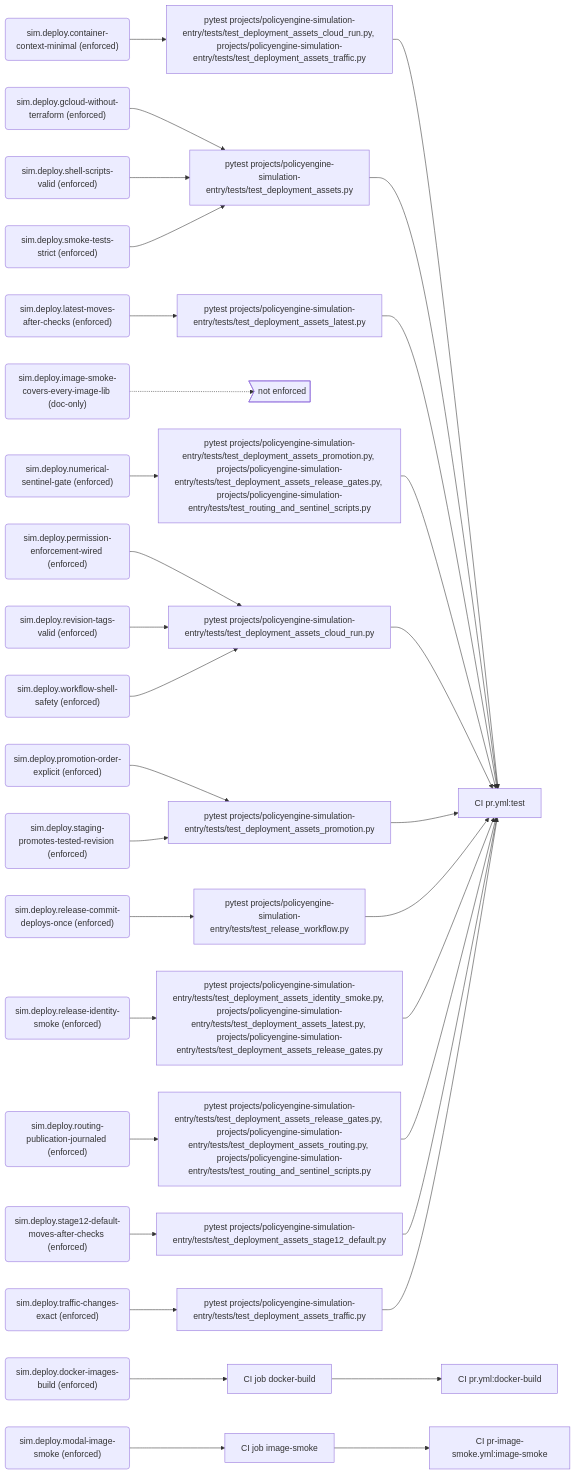
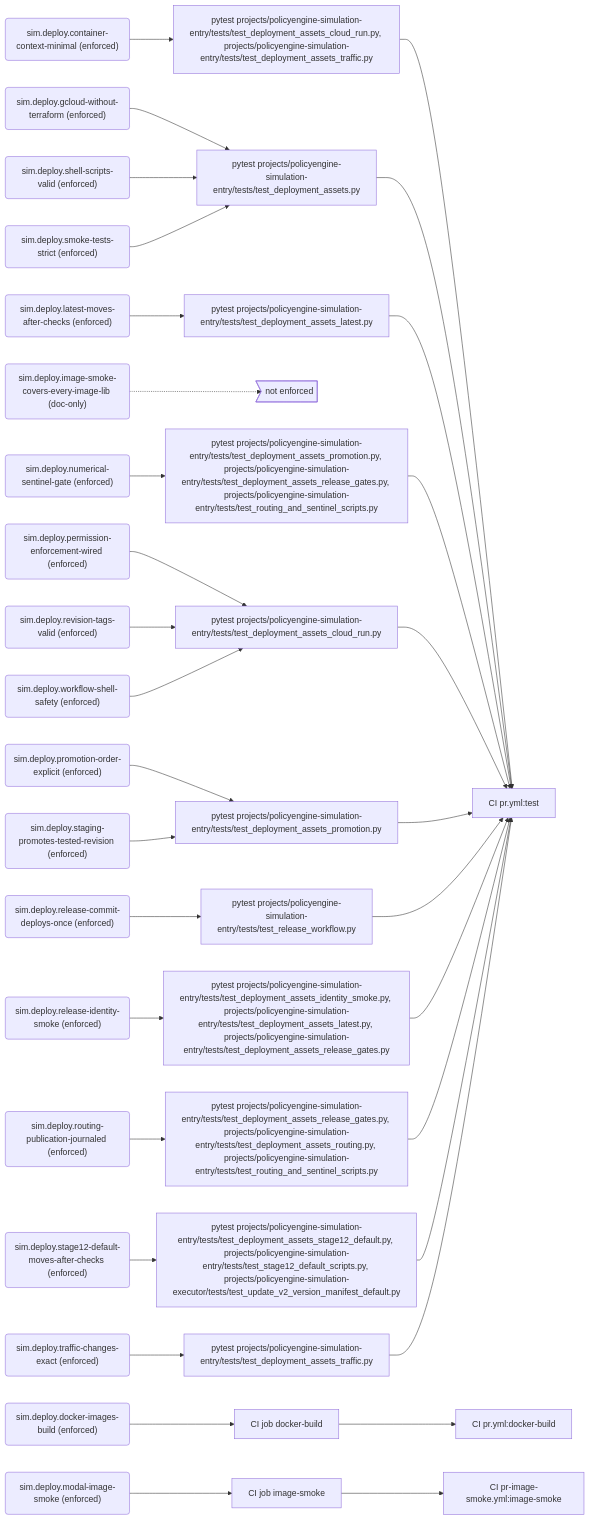
Before and after one commit to PolicyEngine/policyengine-sim-api: the third of 10 diagrams in docs/generated/rules.md, drawn with Mermaid. The commit also changed other lines of this file and 9 other files, not shown here.

````diff
--- a/docs/generated/rules.md
+++ b/docs/generated/rules.md
@@ -166,71 +166,71 @@
 ```mermaid
 flowchart LR
   r_sim_deploy_container_context_minimal("sim.deploy.container-context-minimal (enforced)")
   e_pytest_projects_policyengine_simulation_entry_tests_test_deployment_assets_cloud_run_py__projects_policyengine_simulation_entry_tests_test_deployment_assets_traffic_py["pytest projects/policyengine-simulation-entry/tests/test_deployment_assets_cloud_run.py, projects/policyengine-simulation-entry/tests/test_deployment_assets_traffic.py"]
   j_CI_pr_yml_test["CI pr.yml:test"]
   r_sim_deploy_docker_images_build("sim.deploy.docker-images-build (enforced)")
   e_CI_job_docker_build["CI job docker-build"]
   j_CI_pr_yml_docker_build["CI pr.yml:docker-build"]
   r_sim_deploy_gcloud_without_terraform("sim.deploy.gcloud-without-terraform (enforced)")
   e_pytest_projects_policyengine_simulation_entry_tests_test_deployment_assets_py["pytest projects/policyengine-simulation-entry/tests/test_deployment_assets.py"]
   r_sim_deploy_image_smoke_covers_every_image_lib("sim.deploy.image-smoke-covers-every-image-lib (doc-only)")
   gap_unenforced>"not enforced"]
   r_sim_deploy_latest_moves_after_checks("sim.deploy.latest-moves-after-checks (enforced)")
   e_pytest_projects_policyengine_simulation_entry_tests_test_deployment_assets_latest_py["pytest projects/policyengine-simulation-entry/tests/test_deployment_assets_latest.py"]
   r_sim_deploy_modal_image_smoke("sim.deploy.modal-image-smoke (enforced)")
   e_CI_job_image_smoke["CI job image-smoke"]
   j_CI_pr_image_smoke_yml_image_smoke["CI pr-image-smoke.yml:image-smoke"]
   r_sim_deploy_numerical_sentinel_gate("sim.deploy.numerical-sentinel-gate (enforced)")
   e_pytest_projects_policyengine_simulation_entry_tests_test_deployment_assets_promotion_py__projects_policyengine_simulation_entry_tests_test_deployment_assets_release_gates_py__projects_policyengine_simulation_entry_tests_test_routing_and_sentinel_scripts_py["pytest projects/policyengine-simulation-entry/tests/test_deployment_assets_promotion.py, projects/policyengine-simulation-entry/tests/test_deployment_assets_release_gates.py, projects/policyengine-simulation-entry/tests/test_routing_and_sentinel_scripts.py"]
   r_sim_deploy_permission_enforcement_wired("sim.deploy.permission-enforcement-wired (enforced)")
   e_pytest_projects_policyengine_simulation_entry_tests_test_deployment_assets_cloud_run_py["pytest projects/policyengine-simulation-entry/tests/test_deployment_assets_cloud_run.py"]
   r_sim_deploy_promotion_order_explicit("sim.deploy.promotion-order-explicit (enforced)")
   e_pytest_projects_policyengine_simulation_entry_tests_test_deployment_assets_promotion_py["pytest projects/policyengine-simulation-entry/tests/test_deployment_assets_promotion.py"]
   r_sim_deploy_release_commit_deploys_once("sim.deploy.release-commit-deploys-once (enforced)")
   e_pytest_projects_policyengine_simulation_entry_tests_test_release_workflow_py["pytest projects/policyengine-simulation-entry/tests/test_release_workflow.py"]
   r_sim_deploy_release_identity_smoke("sim.deploy.release-identity-smoke (enforced)")
   e_pytest_projects_policyengine_simulation_entry_tests_test_deployment_assets_identity_smoke_py__projects_policyengine_simulation_entry_tests_test_deployment_assets_latest_py__projects_policyengine_simulation_entry_tests_test_deployment_assets_release_gates_py["pytest projects/policyengine-simulation-entry/tests/test_deployment_assets_identity_smoke.py, projects/policyengine-simulation-entry/tests/test_deployment_assets_latest.py, projects/policyengine-simulation-entry/tests/test_deployment_assets_release_gates.py"]
   r_sim_deploy_revision_tags_valid("sim.deploy.revision-tags-valid (enforced)")
   r_sim_deploy_routing_publication_journaled("sim.deploy.routing-publication-journaled (enforced)")
   e_pytest_projects_policyengine_simulation_entry_tests_test_deployment_assets_release_gates_py__projects_policyengine_simulation_entry_tests_test_deployment_assets_routing_py__projects_policyengine_simulation_entry_tests_test_routing_and_sentinel_scripts_py["pytest projects/policyengine-simulation-entry/tests/test_deployment_assets_release_gates.py, projects/policyengine-simulation-entry/tests/test_deployment_assets_routing.py, projects/policyengine-simulation-entry/tests/test_routing_and_sentinel_scripts.py"]
   r_sim_deploy_shell_scripts_valid("sim.deploy.shell-scripts-valid (enforced)")
   r_sim_deploy_smoke_tests_strict("sim.deploy.smoke-tests-strict (enforced)")
   r_sim_deploy_stage12_default_moves_after_checks("sim.deploy.stage12-default-moves-after-checks (enforced)")
-  e_pytest_projects_policyengine_simulation_entry_tests_test_deployment_assets_stage12_default_py["pytest projects/policyengine-simulation-entry/tests/test_deployment_assets_stage12_default.py"]
+  e_pytest_projects_policyengine_simulation_entry_tests_test_deployment_assets_stage12_default_py__projects_policyengine_simulation_entry_tests_test_stage12_default_scripts_py__projects_policyengine_simulation_executor_tests_test_update_v2_version_manifest_default_py["pytest projects/policyengine-simulation-entry/tests/test_deployment_assets_stage12_default.py, projects/policyengine-simulation-entry/tests/test_stage12_default_scripts.py, projects/policyengine-simulation-executor/tests/test_update_v2_version_manifest_default.py"]
   r_sim_deploy_staging_promotes_tested_revision("sim.deploy.staging-promotes-tested-revision (enforced)")
   r_sim_deploy_traffic_changes_exact("sim.deploy.traffic-changes-exact (enforced)")
   e_pytest_projects_policyengine_simulation_entry_tests_test_deployment_assets_traffic_py["pytest projects/policyengine-simulation-entry/tests/test_deployment_assets_traffic.py"]
   r_sim_deploy_workflow_shell_safety("sim.deploy.workflow-shell-safety (enforced)")
   r_sim_deploy_container_context_minimal --> e_pytest_projects_policyengine_simulation_entry_tests_test_deployment_assets_cloud_run_py__projects_policyengine_simulation_entry_tests_test_deployment_assets_traffic_py
   e_pytest_projects_policyengine_simulation_entry_tests_test_deployment_assets_cloud_run_py__projects_policyengine_simulation_entry_tests_test_deployment_assets_traffic_py --> j_CI_pr_yml_test
   r_sim_deploy_docker_images_build --> e_CI_job_docker_build
   e_CI_job_docker_build --> j_CI_pr_yml_docker_build
   r_sim_deploy_gcloud_without_terraform --> e_pytest_projects_policyengine_simulation_entry_tests_test_deployment_assets_py
   e_pytest_projects_policyengine_simulation_entry_tests_test_deployment_assets_py --> j_CI_pr_yml_test
   r_sim_deploy_image_smoke_covers_every_image_lib -.-> gap_unenforced
   r_sim_deploy_latest_moves_after_checks --> e_pytest_projects_policyengine_simulation_entry_tests_test_deployment_assets_latest_py
   e_pytest_projects_policyengine_simulation_entry_tests_test_deployment_assets_latest_py --> j_CI_pr_yml_test
   r_sim_deploy_modal_image_smoke --> e_CI_job_image_smoke
   e_CI_job_image_smoke --> j_CI_pr_image_smoke_yml_image_smoke
   r_sim_deploy_numerical_sentinel_gate --> e_pytest_projects_policyengine_simulation_entry_tests_test_deployment_assets_promotion_py__projects_policyengine_simulation_entry_tests_test_deployment_assets_release_gates_py__projects_policyengine_simulation_entry_tests_test_routing_and_sentinel_scripts_py
   e_pytest_projects_policyengine_simulation_entry_tests_test_deployment_assets_promotion_py__projects_policyengine_simulation_entry_tests_test_deployment_assets_release_gates_py__projects_policyengine_simulation_entry_tests_test_routing_and_sentinel_scripts_py --> j_CI_pr_yml_test
   r_sim_deploy_permission_enforcement_wired --> e_pytest_projects_policyengine_simulation_entry_tests_test_deployment_assets_cloud_run_py
   e_pytest_projects_policyengine_simulation_entry_tests_test_deployment_assets_cloud_run_py --> j_CI_pr_yml_test
   r_sim_deploy_promotion_order_explicit --> e_pytest_projects_policyengine_simulation_entry_tests_test_deployment_assets_promotion_py
   e_pytest_projects_policyengine_simulation_entry_tests_test_deployment_assets_promotion_py --> j_CI_pr_yml_test
   r_sim_deploy_release_commit_deploys_once --> e_pytest_projects_policyengine_simulation_entry_tests_test_release_workflow_py
   e_pytest_projects_policyengine_simulation_entry_tests_test_release_workflow_py --> j_CI_pr_yml_test
   r_sim_deploy_release_identity_smoke --> e_pytest_projects_policyengine_simulation_entry_tests_test_deployment_assets_identity_smoke_py__projects_policyengine_simulation_entry_tests_test_deployment_assets_latest_py__projects_policyengine_simulation_entry_tests_test_deployment_assets_release_gates_py
   e_pytest_projects_policyengine_simulation_entry_tests_test_deployment_assets_identity_smoke_py__projects_policyengine_simulation_entry_tests_test_deployment_assets_latest_py__projects_policyengine_simulation_entry_tests_test_deployment_assets_release_gates_py --> j_CI_pr_yml_test
   r_sim_deploy_revision_tags_valid --> e_pytest_projects_policyengine_simulation_entry_tests_test_deployment_assets_cloud_run_py
   r_sim_deploy_routing_publication_journaled --> e_pytest_projects_policyengine_simulation_entry_tests_test_deployment_assets_release_gates_py__projects_policyengine_simulation_entry_tests_test_deployment_assets_routing_py__projects_policyengine_simulation_entry_tests_test_routing_and_sentinel_scripts_py
   e_pytest_projects_policyengine_simulation_entry_tests_test_deployment_assets_release_gates_py__projects_policyengine_simulation_entry_tests_test_deployment_assets_routing_py__projects_policyengine_simulation_entry_tests_test_routing_and_sentinel_scripts_py --> j_CI_pr_yml_test
   r_sim_deploy_shell_scripts_valid --> e_pytest_projects_policyengine_simulation_entry_tests_test_deployment_assets_py
   r_sim_deploy_smoke_tests_strict --> e_pytest_projects_policyengine_simulation_entry_tests_test_deployment_assets_py
-  r_sim_deploy_stage12_default_moves_after_checks --> e_pytest_projects_policyengine_simulation_entry_tests_test_deployment_assets_stage12_default_py
-  e_pytest_projects_policyengine_simulation_entry_tests_test_deployment_assets_stage12_default_py --> j_CI_pr_yml_test
+  r_sim_deploy_stage12_default_moves_after_checks --> e_pytest_projects_policyengine_simulation_entry_tests_test_deployment_assets_stage12_default_py__projects_policyengine_simulation_entry_tests_test_stage12_default_scripts_py__projects_policyengine_simulation_executor_tests_test_update_v2_version_manifest_default_py
+  e_pytest_projects_policyengine_simulation_entry_tests_test_deployment_assets_stage12_default_py__projects_policyengine_simulation_entry_tests_test_stage12_default_scripts_py__projects_policyengine_simulation_executor_tests_test_update_v2_version_manifest_default_py --> j_CI_pr_yml_test
   r_sim_deploy_staging_promotes_tested_revision --> e_pytest_projects_policyengine_simulation_entry_tests_test_deployment_assets_promotion_py
   r_sim_deploy_traffic_changes_exact --> e_pytest_projects_policyengine_simulation_entry_tests_test_deployment_assets_traffic_py
   e_pytest_projects_policyengine_simulation_entry_tests_test_deployment_assets_traffic_py --> j_CI_pr_yml_test
   r_sim_deploy_workflow_shell_safety --> e_pytest_projects_policyengine_simulation_entry_tests_test_deployment_assets_cloud_run_py
 ```
````
